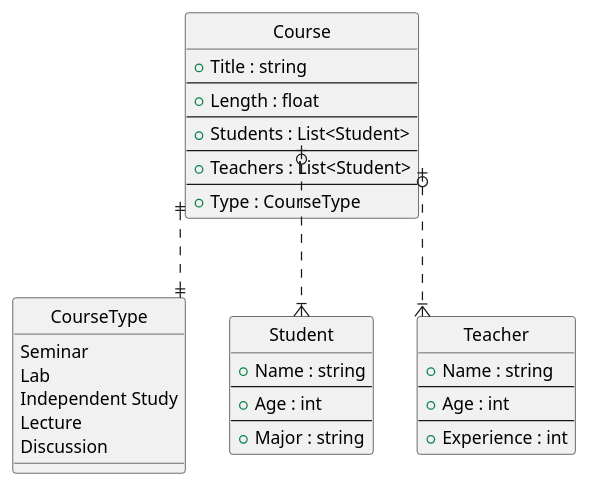
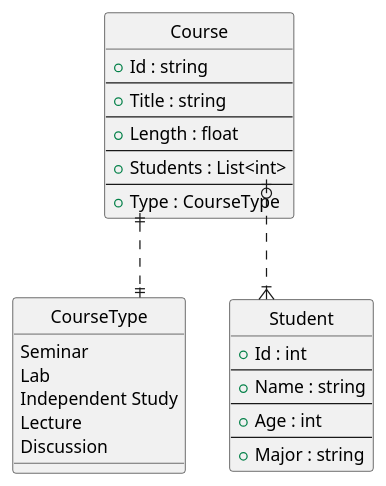
Before and after one commit to joshayoung/xamarin-courses-app: the diagram in README.md, drawn with PlantUML. The commit also changed other lines of this file and 1 other file, not shown here.

Commit message:
Update diagram

````diff
--- a/README.md
+++ b/README.md
@@ -5,53 +5,45 @@
 ```plantuml
   skinparam class {
-  BackgroundColor aliceblue
-  ArrowColor blue
-  BorderColor blue
+    BackgroundColor aliceblue
+    ArrowColor blue
+    BorderColor blue
   }
 
   @startuml
+    hide circle
+    skinparam linetype ortho
 
-  hide circle
-  skinparam linetype ortho
+    entity "Course" as c {
+      +Id : string
+      --
+      +Title : string
+      --
+      +Length : float
+      --
+      +Students : List<int>
+      --
+      +Type : CourseType
+    }
 
-  entity "Course" as c {
-    +Title : string
-    --
-    +Length : float
-    --
-    +Students : List<Student>
-    --
-    +Teachers : List<Student>
-    --
-    +Type : CourseType
-  }
+    entity "CourseType" as ct {
+      Seminar
+      Lab
+      Independent Study
+      Lecture
+      Discussion
+    }
 
-  entity "CourseType" as ct {
-    Seminar
-    Lab
-    Independent Study
-    Lecture
-    Discussion
-  }
+    entity "Student" as s {
+      +Id : int
+      --
+      +Name : string
+      --
+      +Age : int
+      --
+      +Major : string
+    }
 
-  entity "Student" as s {
-    +Name : string
-    --
-    +Age : int
-    --
-    +Major : string
-  }
-
-  entity "Teacher" as t {
-    +Name : string
-    --
-    +Age : int
-    --
-    +Experience : int
-  }
-
-  c::CourseType ||..|| ct
-  c::Students |o..|{ s
-  c::Teachers |o..|{ t
+    c::CourseType ||..|| ct
+    c::Students |o..|{ s
   @enduml
 ```
````
